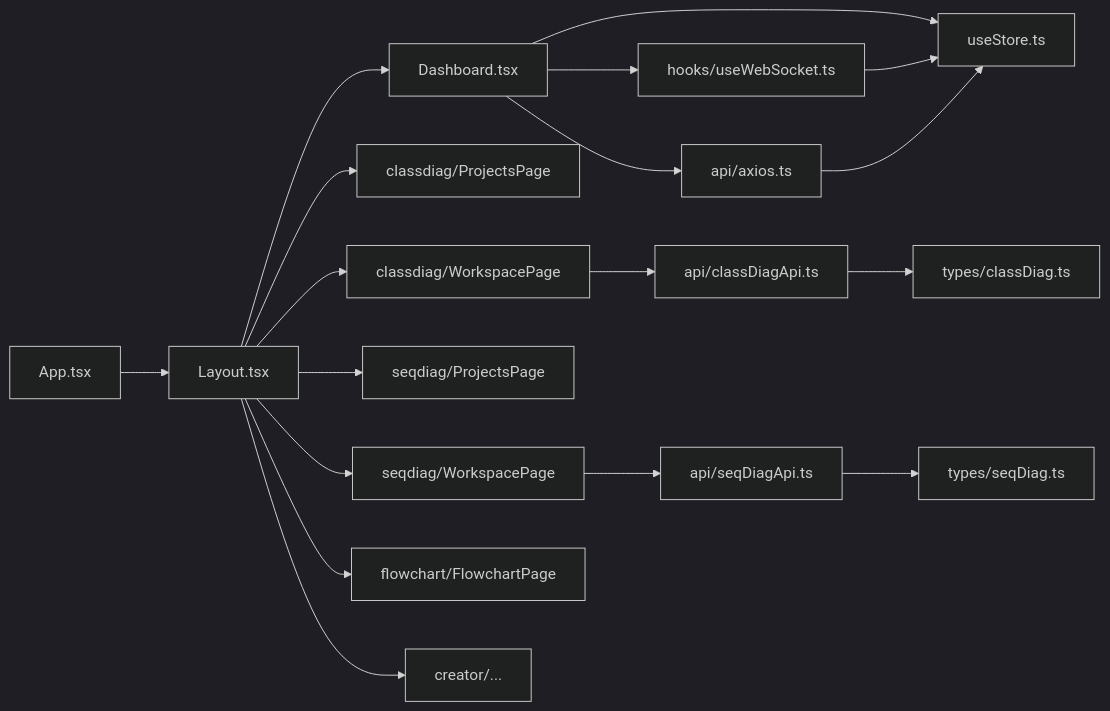
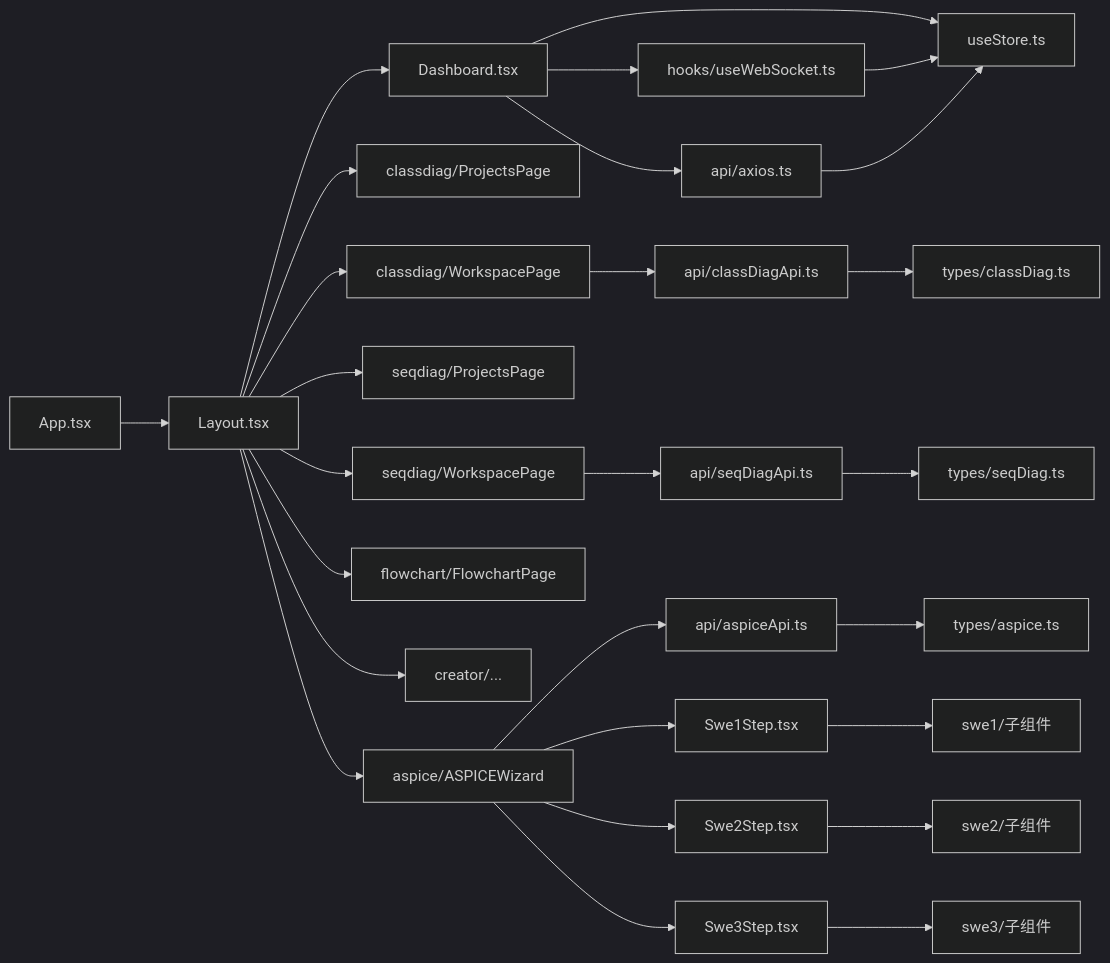
The second of 10 diagrams in docs/DIAGRAMS.md (zhaoja1205/automatedTest), drawn with Mermaid (dark theme) before and after one commit. The commit also changed other lines of this file, not shown here.

First line of the commit message:
docs(diagrams): 更新模块关系与时序图说明

````diff
--- a/docs/DIAGRAMS.md
+++ b/docs/DIAGRAMS.md
@@ -81,25 +93,36 @@
 ```mermaid
 graph LR
     App[App.tsx] --> Layout[Layout.tsx]
 
     Layout --> Dashboard[Dashboard.tsx]
     Layout --> ClassDiagProjects[classdiag/ProjectsPage]
     Layout --> ClassDiagWorkspace[classdiag/WorkspacePage]
     Layout --> SeqDiagProjects[seqdiag/ProjectsPage]
     Layout --> SeqDiagWorkspace[seqdiag/WorkspacePage]
     Layout --> Flowchart[flowchart/FlowchartPage]
     Layout --> Creator[creator/...]
+    Layout --> ASPICE[aspice/ASPICEWizard]
 
     Dashboard --> Store[useStore.ts]
     Dashboard --> Axios[api/axios.ts]
     Dashboard --> WsHook[hooks/useWebSocket.ts]
 
     ClassDiagWorkspace --> ClassDiagApi[api/classDiagApi.ts]
     SeqDiagWorkspace --> SeqDiagApi[api/seqDiagApi.ts]
+    ASPICE --> AspiceApi[api/aspiceApi.ts]
 
     ClassDiagApi --> ClassDiagTypes[types/classDiag.ts]
     SeqDiagApi --> SeqDiagTypes[types/seqDiag.ts]
+    AspiceApi --> AspiceTypes[types/aspice.ts]
+
+    ASPICE --> Swe1Step[Swe1Step.tsx]
+    ASPICE --> Swe2Step[Swe2Step.tsx]
+    ASPICE --> Swe3Step[Swe3Step.tsx]
+
+    Swe1Step --> Swe1Sub[swe1/子组件]
+    Swe2Step --> Swe2Sub[swe2/子组件]
+    Swe3Step --> Swe3Sub[swe3/子组件]
 
     WsHook --> Store
     Axios --> Store
 ```
````
